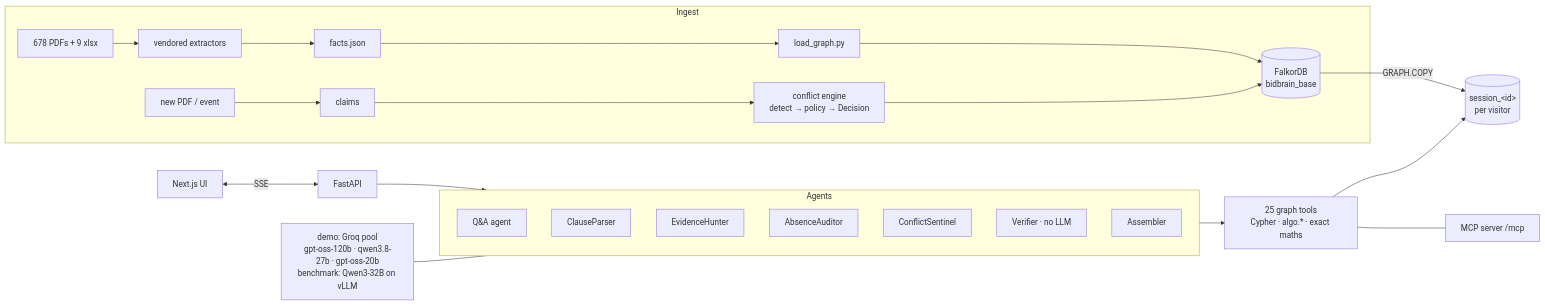
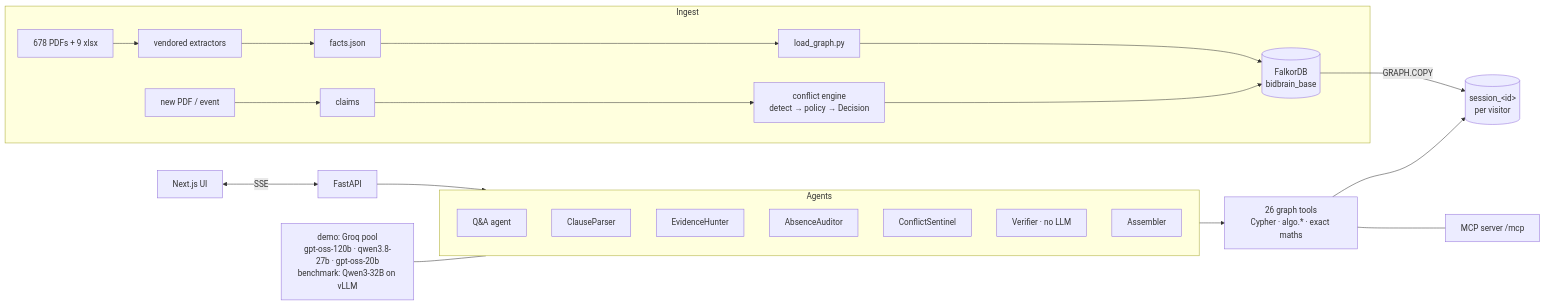
The first of 2 diagrams in README.md (atharvgaur1845/bidbrain), drawn with Mermaid before and after one commit. The commit also changed other lines of this file and 15 other files, not shown here.

First line of the commit message:
Judging round fixes: Qualify never crashes on LLM clause output (vetted clauses for samples, schema mapping, graph dry-run, rule parser wins on amounts, per-clause fallback); fact_history tool; stable bus factor (32-seed mean); readable MCP errors + readOnlyHint

````diff
--- a/README.md
+++ b/README.md
@@ -45,16 +45,16 @@
 ```mermaid
 flowchart LR
   subgraph Ingest
     PDF[678 PDFs + 9 xlsx] --> X[vendored extractors] --> F[facts.json]
     F --> L[load_graph.py] --> G[(FalkorDB<br/>bidbrain_base)]
     N[new PDF / event] --> CL[claims] --> CE[conflict engine<br/>detect → policy → Decision] --> G
   end
   G -- GRAPH.COPY --> S[(session_&lt;id&gt;<br/>per visitor)]
   subgraph Agents
     QA[Q&A agent] & CP[ClauseParser] & EH[EvidenceHunter] & AA[AbsenceAuditor] & CS[ConflictSentinel] & V[Verifier · no LLM] & AS[Assembler]
   end
-  T[25 graph tools<br/>Cypher · algo.* · exact maths] --- MCP[MCP server /mcp]
+  T[26 graph tools<br/>Cypher · algo.* · exact maths] --- MCP[MCP server /mcp]
   Agents --> T --> S
   UI[Next.js UI] <-- SSE --> API[FastAPI] --> Agents
   LLM[demo: Groq pool<br/>gpt-oss-120b · qwen3.8-27b · gpt-oss-20b<br/>benchmark: Qwen3-32B on vLLM] --- Agents
 ```
````
